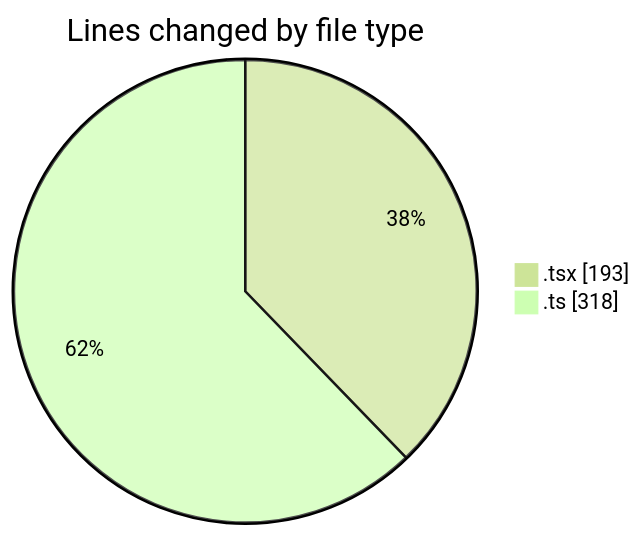
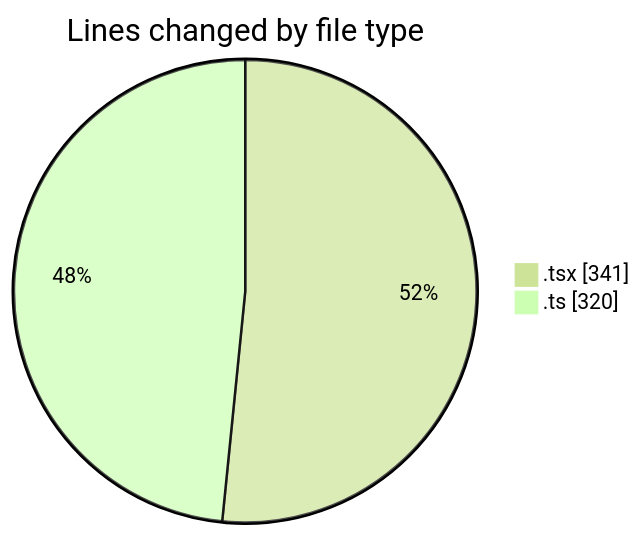
One commit to julien-gomy/code-tracking changed the first of 2 diagrams in 2025-11-22/eventscop-frontend-guide__workspace_/README.md. Above: the diagram before and after it, drawn with Mermaid (forest theme). The commit also changed other lines of this file and 1 other file, not shown here.

````diff
--- a/2025-11-22/eventscop-frontend-guide__workspace_/README.md
+++ b/2025-11-22/eventscop-frontend-guide__workspace_/README.md
@@ -25,6 +26,6 @@
 ```mermaid
 pie showData
 title Lines changed by file type
-".tsx" : 193
-".ts" : 318
+".tsx" : 341
+".ts" : 320
 ```
````
